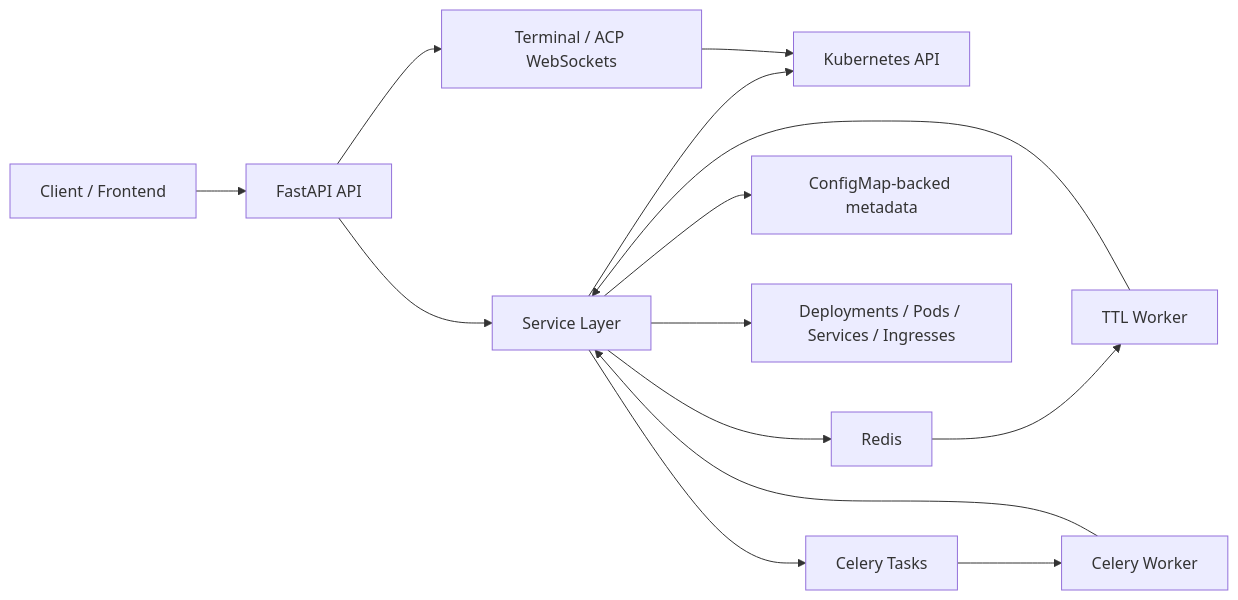
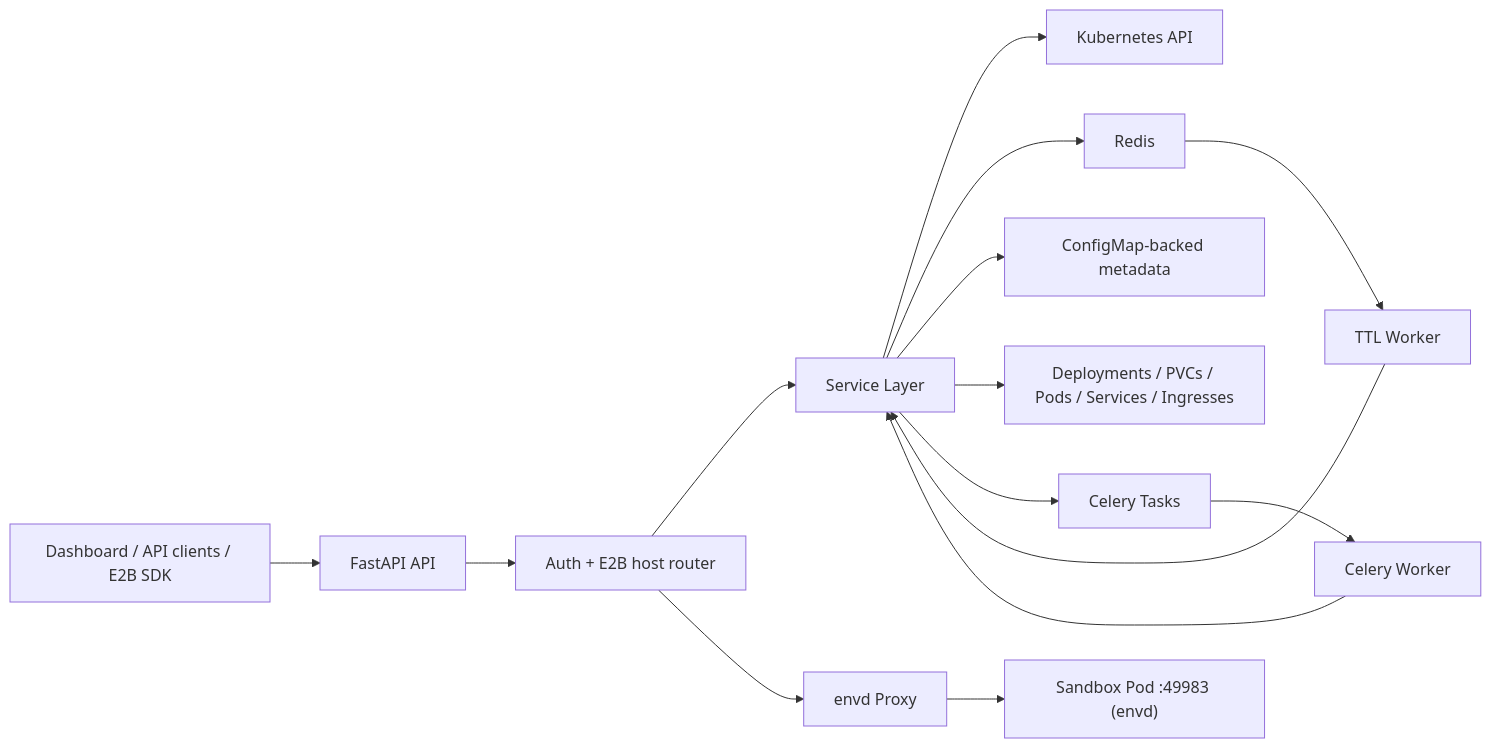
One commit to iwrs712/litterbox changed the diagram in orchestrator/ARCHITECTURE.md. Above: the diagram before and after it, drawn with Mermaid. The commit also changed other lines of this file and 5 other files, not shown here.

First line of the commit message:
docs: sync architecture and E2B compatibility

````diff
--- a/orchestrator/ARCHITECTURE.md
+++ b/orchestrator/ARCHITECTURE.md
@@ -33,16 +33,17 @@
 ```mermaid
 flowchart LR
-    Client["Client / Frontend"] --> API["FastAPI API"]
-    API --> Services["Service Layer"]
+    Client["Dashboard / API clients / E2B SDK"] --> API["FastAPI API"]
+    API --> Auth["Auth + E2B host router"]
+    Auth --> Services["Service Layer"]
+    Auth --> Proxy["envd Proxy"]
     Services --> K8s["Kubernetes API"]
     Services --> Redis["Redis"]
     Services --> CM["ConfigMap-backed metadata"]
-    Services --> Deploy["Deployments / Pods / Services / Ingresses"]
-    API --> WS["Terminal / ACP WebSockets"]
-    WS --> K8s
+    Services --> Deploy["Deployments / PVCs / Pods / Services / Ingresses"]
+    Proxy --> Pods["Sandbox Pod :49983 (envd)"]
     Services --> Celery["Celery Tasks"]
     Celery --> Worker["Celery Worker"]
     Worker --> Services
     Redis --> TTL["TTL Worker"]
     TTL --> Services
 ```
````
